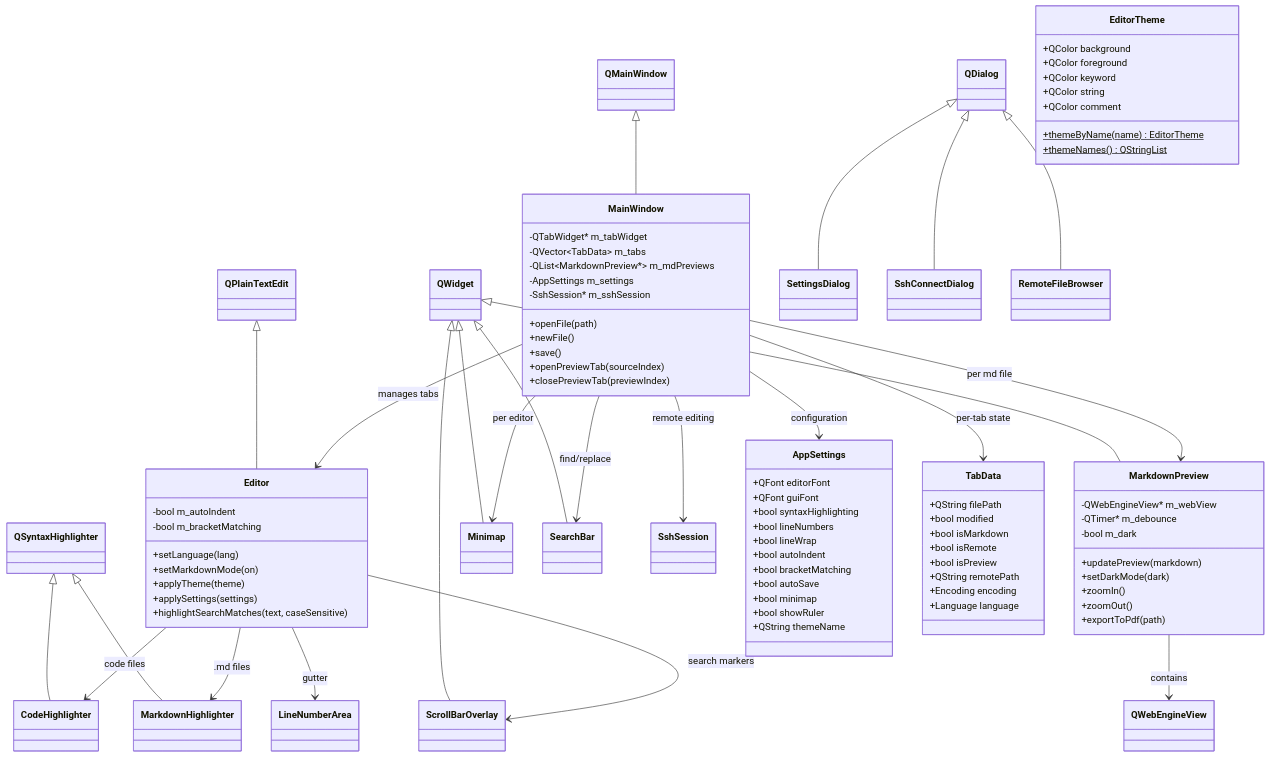
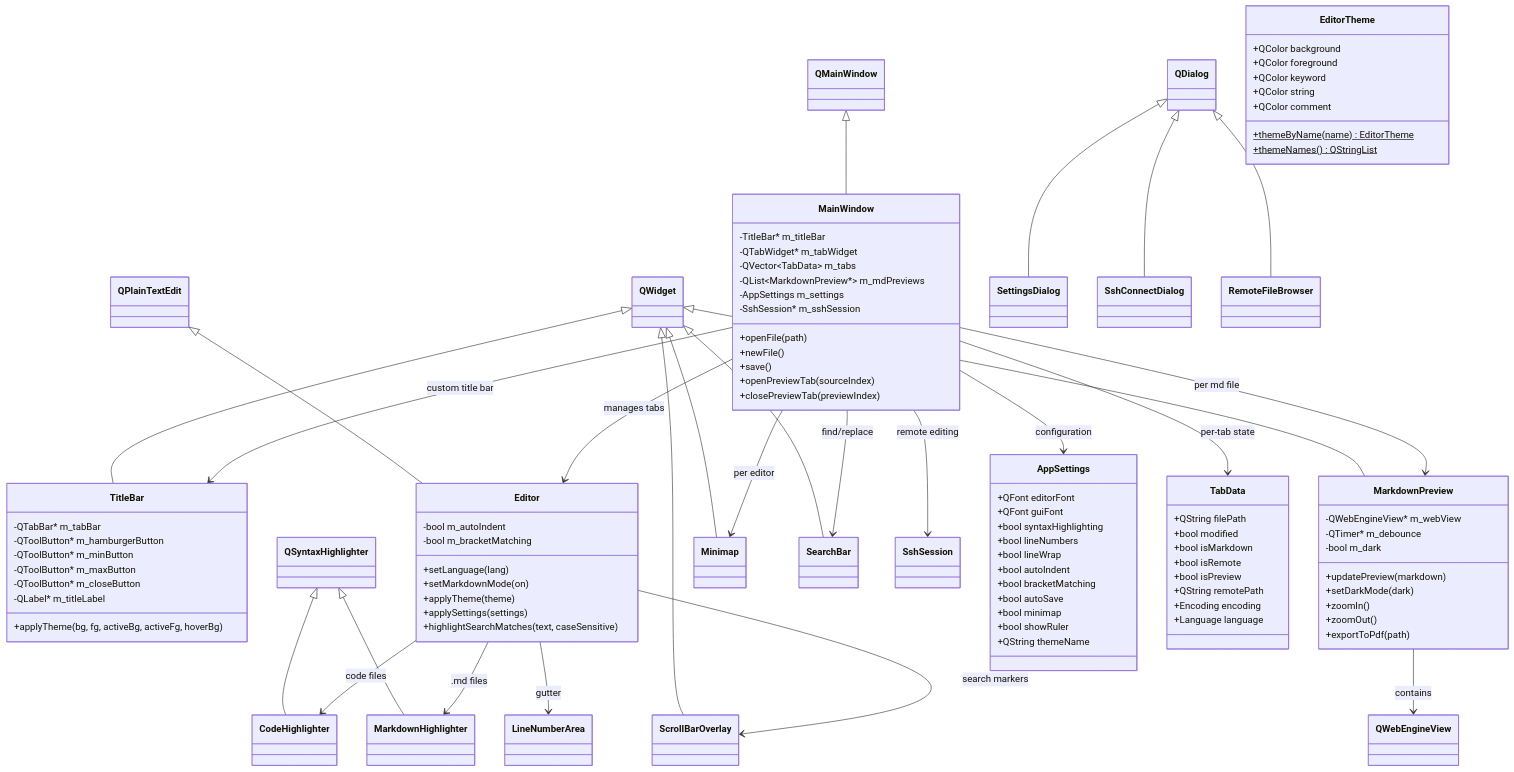
The second of 10 diagrams in docs/diagrams.md (dkrse/text-ed), drawn with Mermaid before and after one commit. The commit also changed other lines of this file and 9 other files, not shown here.

````diff
--- a/docs/diagrams.md
+++ b/docs/diagrams.md
@@ -74,6 +80,7 @@
 ```mermaid
 classDiagram
     QMainWindow <|-- MainWindow
+    QWidget <|-- TitleBar
     QPlainTextEdit <|-- Editor
     QWidget <|-- MarkdownPreview
     QSyntaxHighlighter <|-- CodeHighlighter
@@ -85,6 +92,7 @@
     QDialog <|-- SshConnectDialog
     QDialog <|-- RemoteFileBrowser
 
+    MainWindow --> TitleBar : custom title bar
     MainWindow --> Editor : manages tabs
     MainWindow --> Minimap : per editor
     MainWindow --> MarkdownPreview : per md file
@@ -100,7 +108,18 @@
 
     MarkdownPreview --> QWebEngineView : contains
 
+    class TitleBar {
+        -QTabBar* m_tabBar
+        -QToolButton* m_hamburgerButton
+        -QToolButton* m_minButton
+        -QToolButton* m_maxButton
+        -QToolButton* m_closeButton
+        -QLabel* m_titleLabel
+        +applyTheme(bg, fg, activeBg, activeFg, hoverBg)
+    }
+
     class MainWindow {
+        -TitleBar* m_titleBar
         -QTabWidget* m_tabWidget
         -QVector~TabData~ m_tabs
         -QList~MarkdownPreview*~ m_mdPreviews
````
